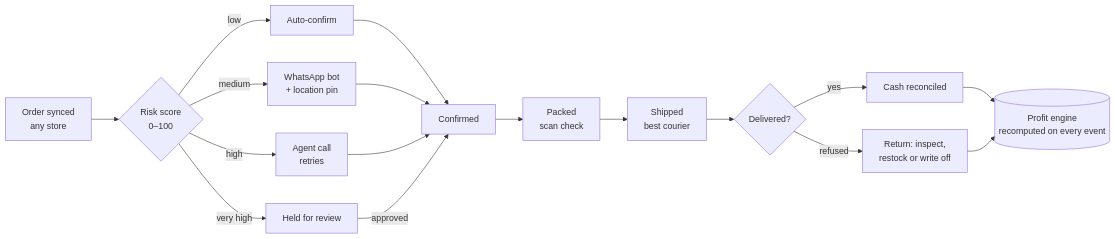
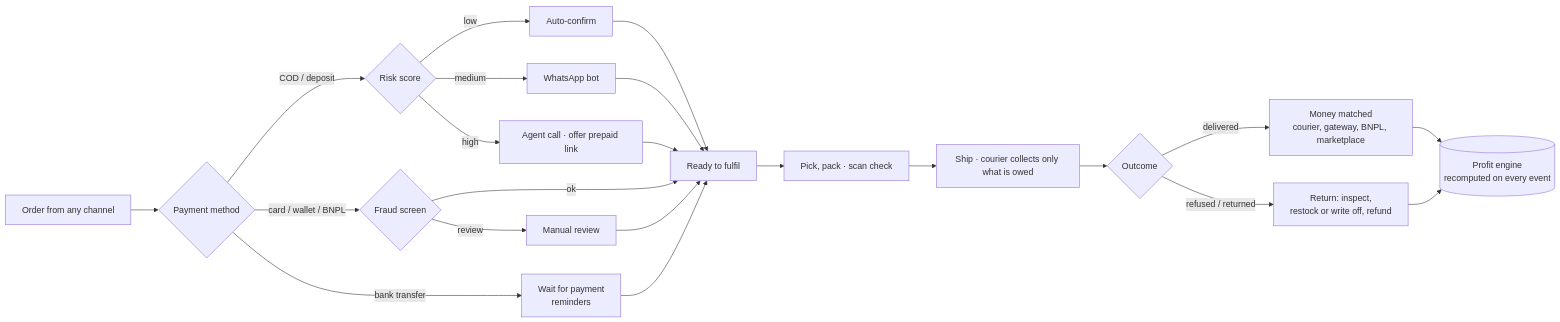
One commit to BranditaLabs/mizan changed the second of 2 diagrams in docs/02-product.md. Above: the diagram before and after it, drawn with Mermaid. The commit also changed other lines of this file and 53 other files, not shown here.

First line of the commit message:
Mizan v2: full commerce OS, every payment method

````diff
--- a/docs/02-product.md
+++ b/docs/02-product.md
@@ -33,16 +65,19 @@
 ```mermaid
 flowchart LR
-  A[Order synced<br/>any store] --> B{Risk score<br/>0–100}
-  B -->|low| C[Auto-confirm]
-  B -->|medium| D[WhatsApp bot<br/>+ location pin]
-  B -->|high| E[Agent call<br/>retries]
-  B -->|very high| F[Held for review]
-  C & D & E --> G[Confirmed]
-  F -->|approved| G
-  G --> H[Packed<br/>scan check]
-  H --> I[Shipped<br/>best courier]
-  I --> J{Delivered?}
-  J -->|yes| K[Cash reconciled]
-  J -->|refused| L[Return: inspect,<br/>restock or write off]
-  K & L --> P[(Profit engine<br/>recomputed on every event)]
+  A[Order from any channel] --> P{Payment method}
+  P -->|COD / deposit| S{Risk score}
+  S -->|low| C1[Auto-confirm]
+  S -->|medium| C2[WhatsApp bot]
+  S -->|high| C3[Agent call · offer prepaid link]
+  P -->|card / wallet / BNPL| F{Fraud screen}
+  F -->|ok| OK
+  F -->|review| R[Manual review]
+  P -->|bank transfer| W[Wait for payment<br/>reminders]
+  C1 & C2 & C3 & R & W --> OK[Ready to fulfil]
+  OK --> K[Pick, pack · scan check]
+  K --> SH[Ship · courier collects only what is owed]
+  SH --> D{Outcome}
+  D -->|delivered| M[Money matched<br/>courier, gateway, BNPL, marketplace]
+  D -->|refused / returned| RT[Return: inspect,<br/>restock or write off, refund]
+  M & RT --> PL[(Profit engine<br/>recomputed on every event)]
 ```
````
